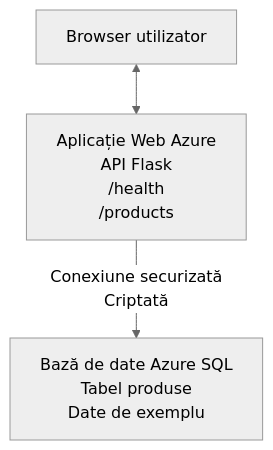
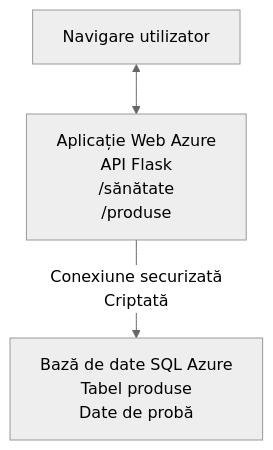
One commit to microsoft/AZD-for-beginners changed the diagram in translations/ro/examples/database-app/README.md. Above: the diagram before and after it, drawn with Mermaid (neutral theme). The commit also changed other lines of this file and 104 other files, not shown here.

````diff
--- a/translations/ro/examples/database-app/README.md
+++ b/translations/ro/examples/database-app/README.md
@@ -72,5 +72,5 @@
 ```mermaid
 graph TD
-    Browser[Browser utilizator] <--> WebApp[Aplicație Web Azure<br/>API Flask<br/>/health<br/>/products]
-    WebApp -- Conexiune securizată<br/>Criptată --> SQL[Bază de date Azure SQL<br/>Tabel produse<br/>Date de exemplu]
+    Browser[Navigare utilizator] <--> WebApp[Aplicație Web Azure<br/>API Flask<br/>/sănătate<br/>/produse]
+    WebApp -- Conexiune securizată<br/>Criptată --> SQL[Bază de date SQL Azure<br/>Tabel produse<br/>Date de probă]
 ```
````
